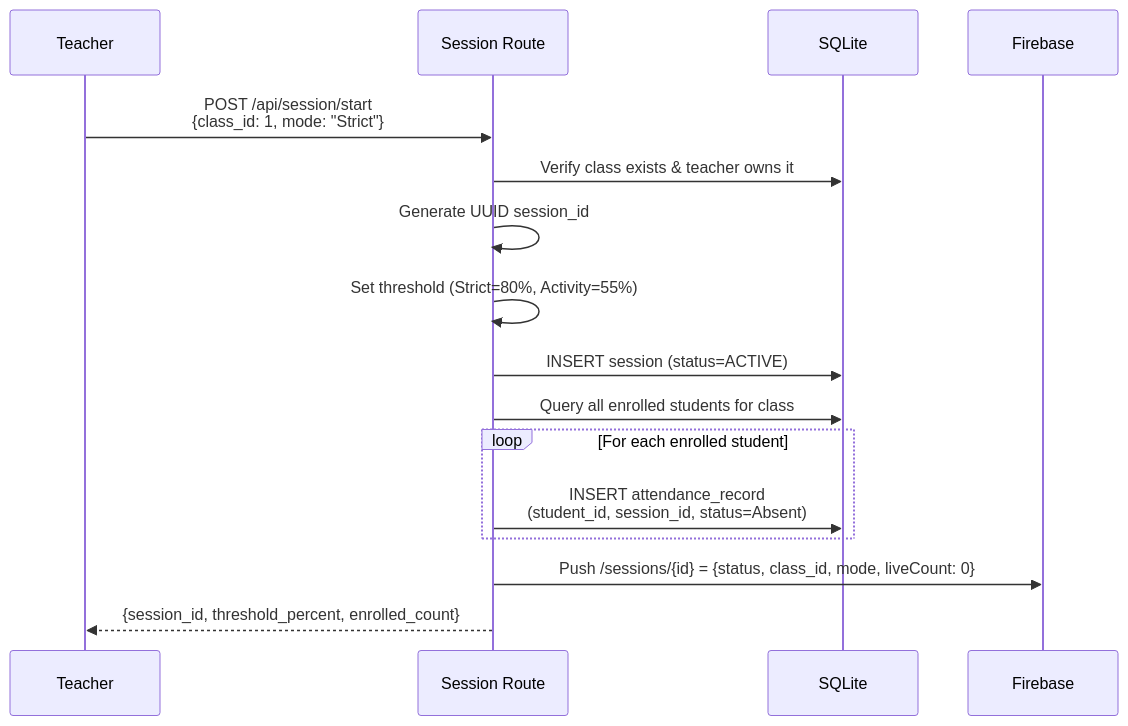
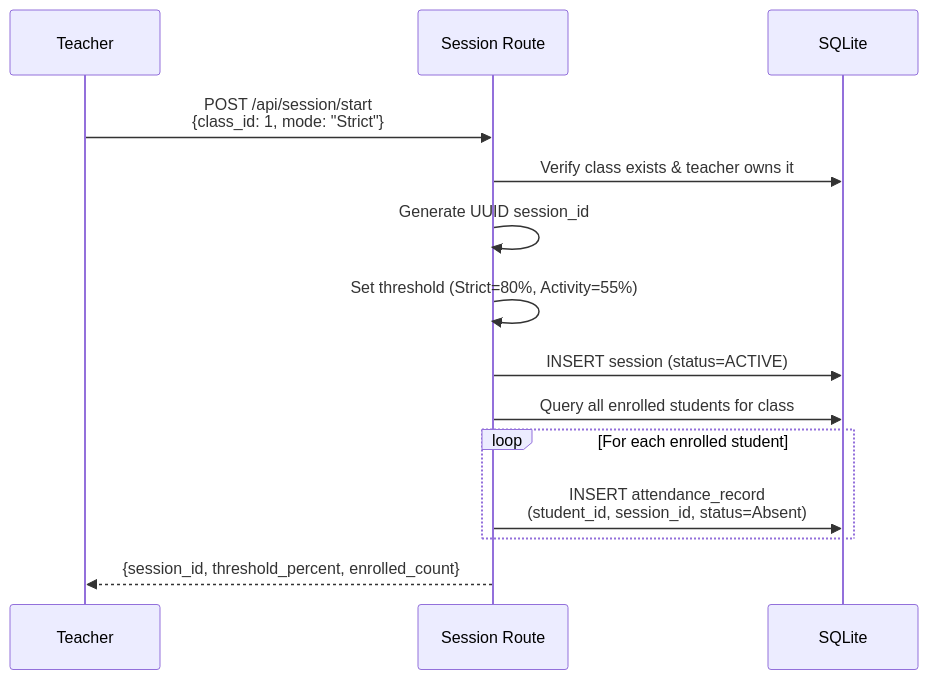
One commit to BishalLamichhane777/Project_Capstone changed the sixth of 11 diagrams in Backend Sajak/backend/backend/PROJECT_FLOW.md. Above: the diagram before and after it, drawn with Mermaid. The commit also changed other lines of this file and 31 other files, not shown here.

````diff
--- a/Backend Sajak/backend/backend/PROJECT_FLOW.md
+++ b/Backend Sajak/backend/backend/PROJECT_FLOW.md
@@ -296,22 +289,20 @@
 ```mermaid
 sequenceDiagram
     participant T as Teacher
     participant API as Session Route
     participant DB as SQLite
-    participant FB as Firebase
 
     T->>API: POST /api/session/start<br/>{class_id: 1, mode: "Strict"}
     
     API->>DB: Verify class exists & teacher owns it
     API->>API: Generate UUID session_id
     API->>API: Set threshold (Strict=80%, Activity=55%)
     API->>DB: INSERT session (status=ACTIVE)
     API->>DB: Query all enrolled students for class
     
     loop For each enrolled student
         API->>DB: INSERT attendance_record<br/>(student_id, session_id, status=Absent)
     end
     
-    API->>FB: Push /sessions/{id} = {status, class_id, mode, liveCount: 0}
     API-->>T: {session_id, threshold_percent, enrolled_count}
 ```
````
